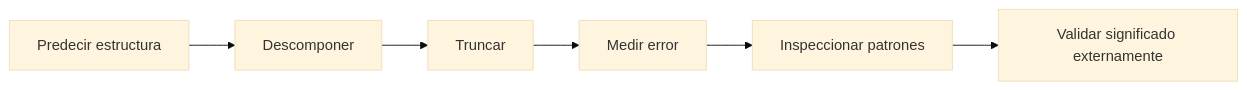
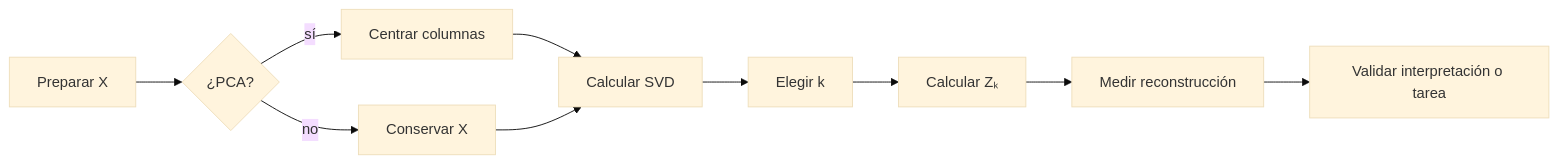
One commit to kalech7/notes changed the third of 3 diagrams in Obsidian/posgrado/master/MATEMÁTICAS Y PROGRAMACIÓN IA/espectro svd y rango bajo/05 Espacio latente, PCA e interpretación.md. Above: the diagram before and after it, drawn with Mermaid (base theme). The commit also changed other lines of this file and 168 other files, not shown here.

````diff
--- a/Obsidian/posgrado/master/MATEMÁTICAS Y PROGRAMACIÓN IA/espectro svd y rango bajo/05 Espacio latente, PCA e interpretación.md
+++ b/Obsidian/posgrado/master/MATEMÁTICAS Y PROGRAMACIÓN IA/espectro svd y rango bajo/05 Espacio latente, PCA e interpretación.md
@@ -138,8 +488,12 @@
 ```mermaid
 flowchart LR
-    A[Predecir estructura] --> B[Descomponer]
-    B --> C[Truncar]
-    C --> D[Medir error]
-    D --> E[Inspeccionar patrones]
-    E --> F[Validar significado externamente]
+    A[Preparar X] --> B{¿PCA?}
+    B -->|sí| C[Centrar columnas]
+    B -->|no| D[Conservar X]
+    C --> E[Calcular SVD]
+    D --> E
+    E --> F[Elegir k]
+    F --> G[Calcular Zₖ]
+    G --> H[Medir reconstrucción]
+    H --> I[Validar interpretación o tarea]
 ```
````
